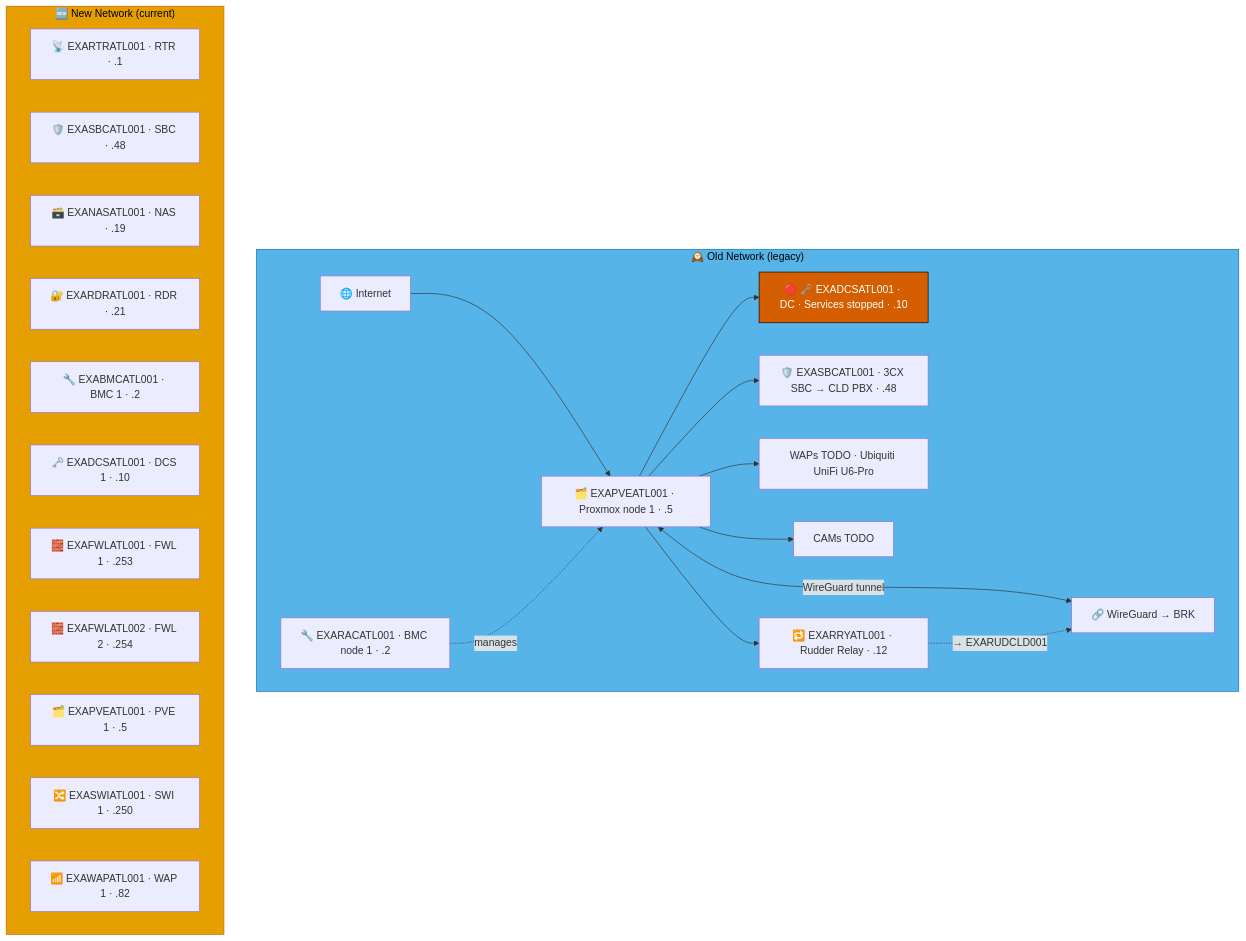
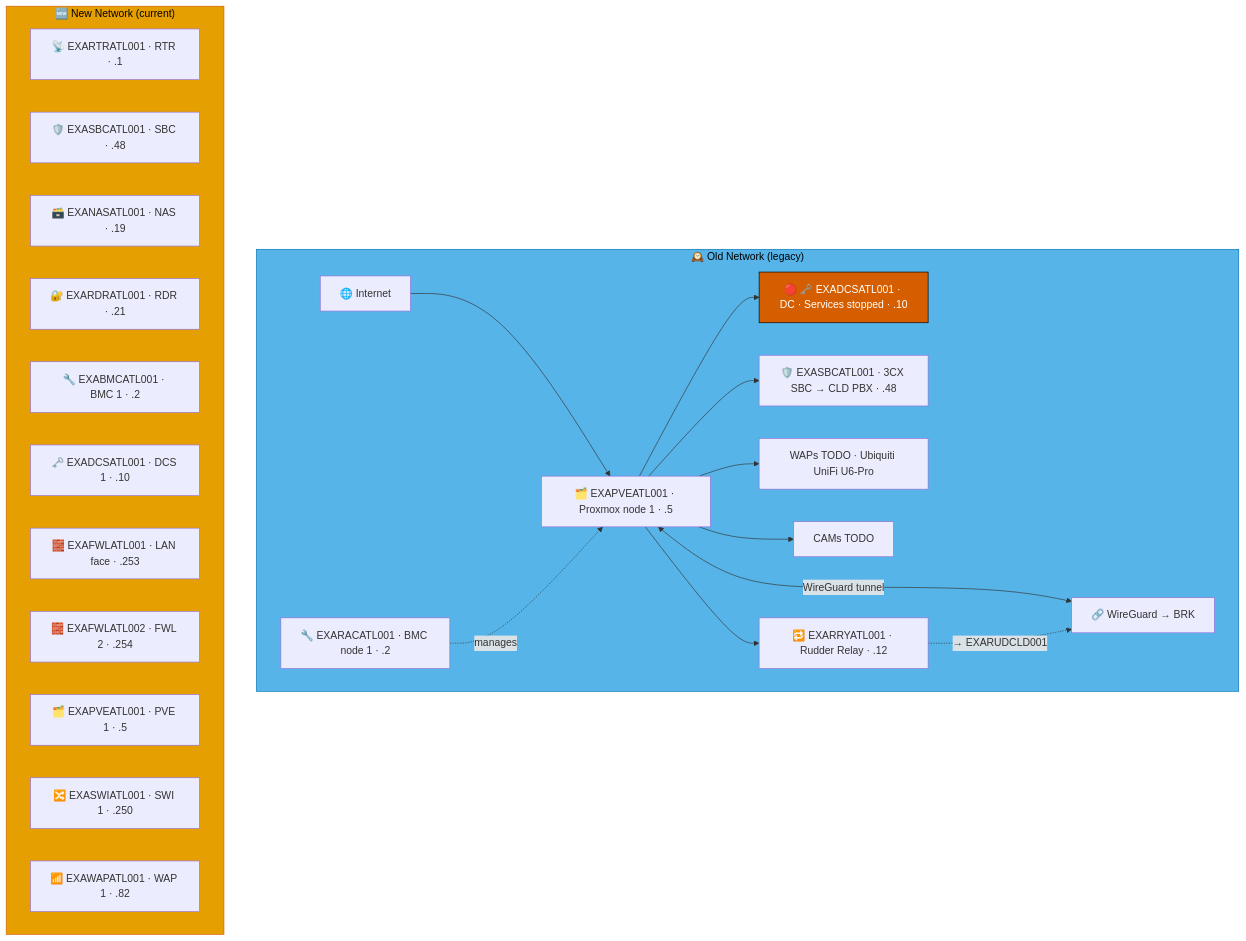
One commit to knightmare2600/example_music_infra changed the fifth of 8 diagrams in docs/network-diagram/united-states.md. Above: the diagram before and after it, drawn with Mermaid. The commit also changed other lines of this file and 17 other files, not shown here.

````diff
--- a/docs/network-diagram/united-states.md
+++ b/docs/network-diagram/united-states.md
@@ -249,41 +249,41 @@
 ```mermaid
 graph TD
     subgraph OLD_ATL ["🕰️ Old Network (legacy)"]
       INET["🌐 Internet"]
       RAC["🔧 EXARACATL001 · BMC node 1 · .2"]
       PVE["🗂️ EXAPVEATL001 · Proxmox node 1 · .5"]
       DC["🔴 🗝️ EXADCSATL001 · DC · Services stopped · .10"]
       SBC["🛡️ EXASBCATL001 · 3CX SBC → CLD PBX · .48"]
       RRY["🔁 EXARRYATL001 · Rudder Relay · .12"]
       WAP["WAPs TODO · Ubiquiti UniFi U6-Pro"]
       CAM["CAMs TODO"]
       VPN["🔗 WireGuard → BRK"]
 
       INET --> PVE --> DC & SBC
       RAC -.->|"manages"| PVE
       PVE --> WAP & CAM
       PVE <-->|"WireGuard tunnel"| VPN
 
       PVE --> RRY
       RRY -. "→ EXARUDCLD001" .-> VPN
     end
     style OLD_ATL fill:#56B4E9,stroke:#0072B2,color:#000000
     %% GENERATED:NEW-NETWORK:ATL:START
     subgraph NEW_ATL ["🆕 New Network (current)"]
       N_RTR["📡 EXARTRATL001 · RTR · .1"]
       N_SBC["🛡️ EXASBCATL001 · SBC · .48"]
       N_NAS["🗃️ EXANASATL001 · NAS · .19"]
       N_RDR["🔐 EXARDRATL001 · RDR · .21"]
       N_BMC["🔧 EXABMCATL001 · BMC 1 · .2"]
       N_DCS["🗝️ EXADCSATL001 · DCS 1 · .10"]
-      N_FWL["🧱 EXAFWLATL001 · FWL 1 · .253"]
+      N_FWL["🧱 EXAFWLATL001 · LAN face · .253"]
       N_FWL2["🧱 EXAFWLATL002 · FWL 2 · .254"]
       N_PVE["🗂️ EXAPVEATL001 · PVE 1 · .5"]
       N_SWI["🔀 EXASWIATL001 · SWI 1 · .250"]
       N_WAP["📶 EXAWAPATL001 · WAP 1 · .82"]
     end
     style NEW_ATL fill:#E69F00,stroke:#D55E00,color:#000000
     %% GENERATED:NEW-NETWORK:ATL:END
     classDef warn fill:#D55E00,stroke:#000000,color:#ffffff
     class DC warn
 ```
````
